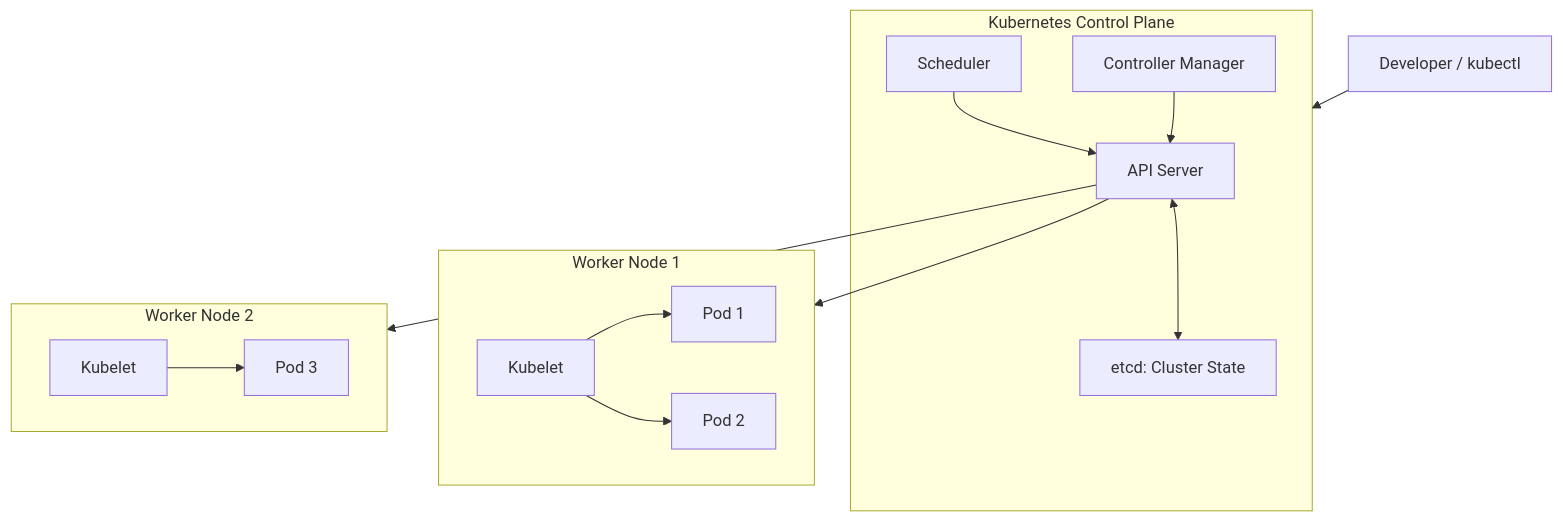
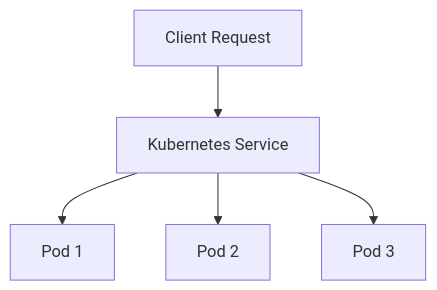
Before and after one commit to chidvi123/MLOps: the fourth of 12 diagrams in READMENEW.md, drawn with Mermaid. The commit also changed other lines of this file, not shown here.

Commit message:
updated Kubernetes md'

````diff
--- a/READMENEW.md
+++ b/READMENEW.md
@@ -325,33 +125,7 @@
 ```mermaid
-flowchart TD
-    U["Developer / kubectl"] --> CP
-
-    subgraph CP["Kubernetes Control Plane"]
-        API["API Server"]
-        SCH["Scheduler"]
-        CM["Controller Manager"]
-        ETCD["etcd: Cluster State"]
-    end
-
-    API <--> ETCD
-    SCH --> API
-    CM --> API
-
-    API --> W1
-    API --> W2
-
-    subgraph W1["Worker Node 1"]
-        K1["Kubelet"]
-        P1["Pod 1"]
-        P2["Pod 2"]
-    end
-
-    subgraph W2["Worker Node 2"]
-        K2["Kubelet"]
-        P3["Pod 3"]
-    end
-
-    K1 --> P1
-    K1 --> P2
-    K2 --> P3
+flowchart TB
+    U["Client Request"] --> S["Kubernetes Service"]
+    S --> P1["Pod 1"]
+    S --> P2["Pod 2"]
+    S --> P3["Pod 3"]
 ```
````
